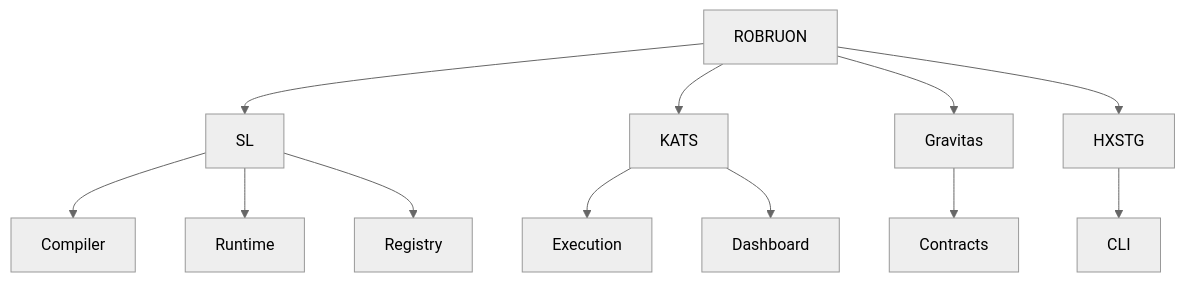
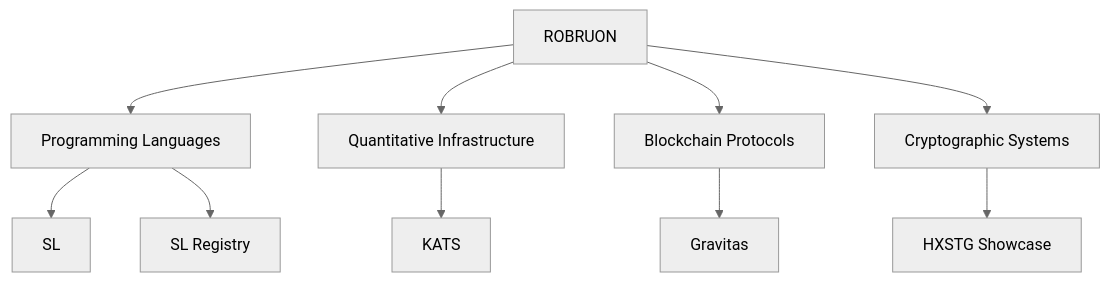
One commit to robruon/.github changed the diagram in profile/README.md. Above: the diagram before and after it, drawn with Mermaid (neutral theme). The commit also changed other lines of this file and 4 other files, not shown here.

````diff
--- a/profile/README.md
+++ b/profile/README.md
@@ -56,19 +51,19 @@
 ```mermaid
 graph TD
-    
-    ROBRUON --> SL
-    ROBRUON --> KATS
-    ROBRUON --> Gravitas
-    ROBRUON --> HXSTG
-    
-    SL --> Compiler
-    SL --> Runtime
-    SL --> Registry
-    
-    KATS --> Execution
-    KATS --> Dashboard
-    
-    Gravitas --> Contracts
-    
-    HXSTG --> CLI
+
+    R["ROBRUON"]
+
+    R --> LANG["Programming Languages"]
+    R --> TRADE["Quantitative Infrastructure"]
+    R --> WEB3["Blockchain Protocols"]
+    R --> CRYPTO["Cryptographic Systems"]
+
+    LANG --> SL["SL"]
+    LANG --> REG["SL Registry"]
+
+    TRADE --> KATS["KATS"]
+
+    WEB3 --> GRAV["Gravitas"]
+
+    CRYPTO --> HX["HXSTG Showcase"]
 ```
````
